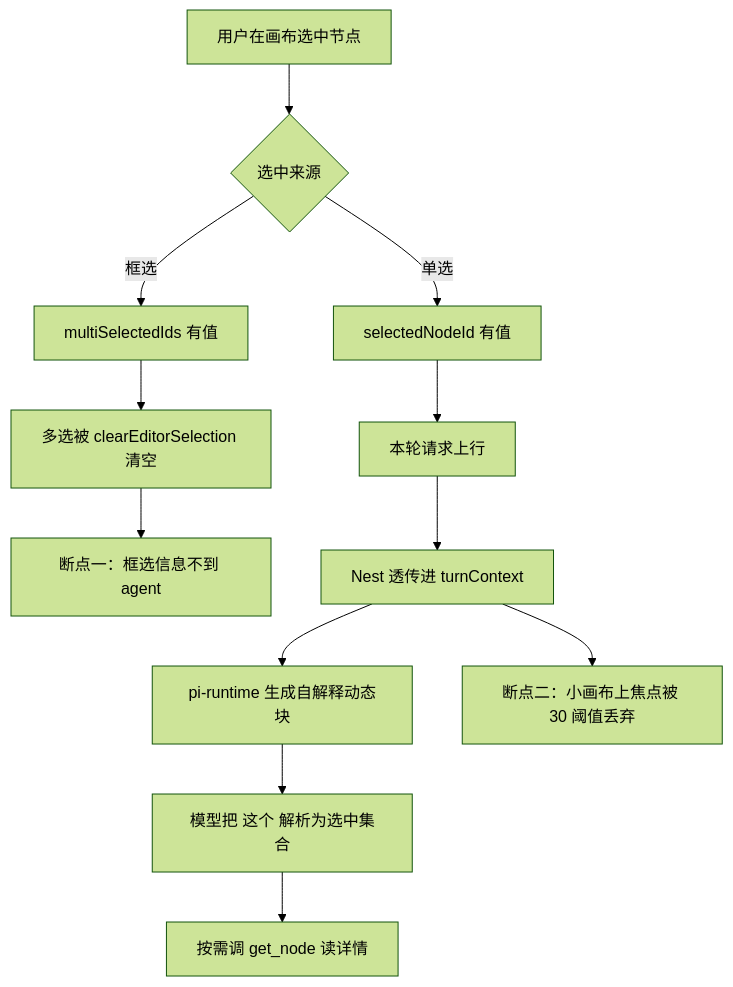
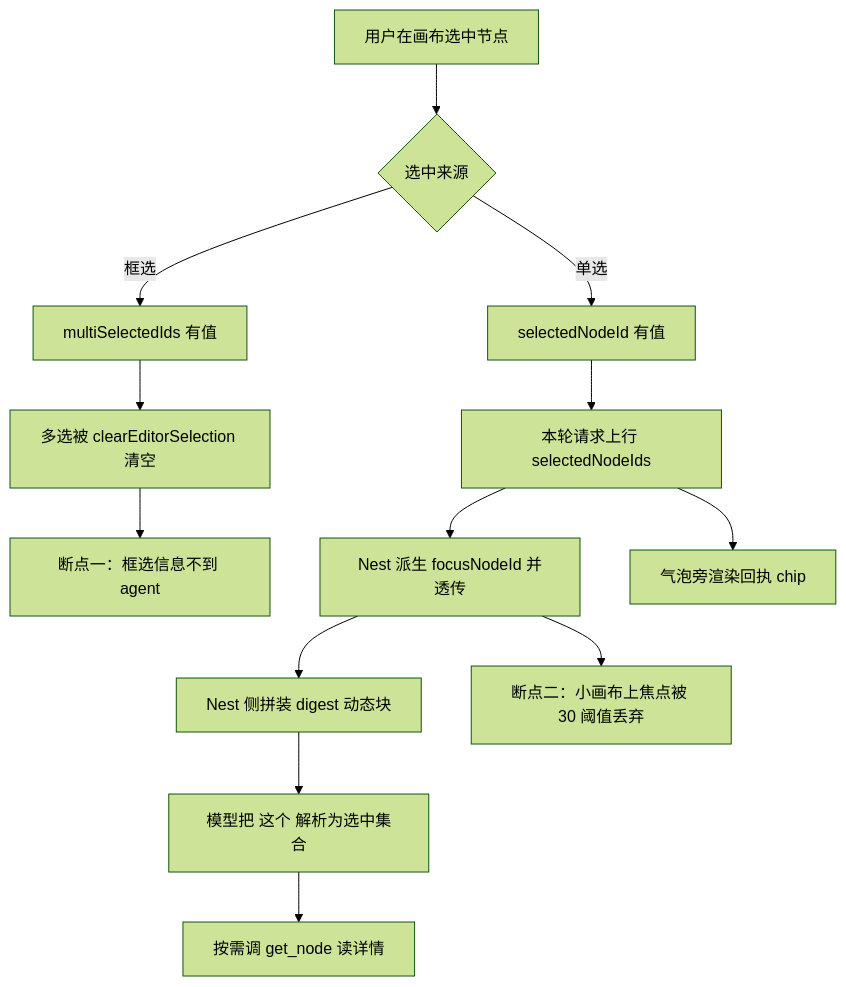
One commit to sev7n4/pi-lnk changed the second of 2 diagrams in docs/superpowers/specs/2026-10-06-selection-as-default-reference-design.md. Above: the diagram before and after it, drawn with Mermaid (forest theme). The commit also changed other lines of this file, not shown here.

````diff
--- a/docs/superpowers/specs/2026-10-06-selection-as-default-reference-design.md
+++ b/docs/superpowers/specs/2026-10-06-selection-as-default-reference-design.md
@@ -137,14 +158,15 @@
 ```mermaid
 flowchart TD
   A["用户在画布选中节点"] --> B{"选中来源"}
   B -->|单选| C["selectedNodeId 有值"]
   B -->|框选| D["multiSelectedIds 有值"]
-  C --> E["本轮请求上行"]
+  C --> E["本轮请求上行 selectedNodeIds"]
   D --> F["多选被 clearEditorSelection 清空"]
   F --> G["断点一：框选信息不到 agent"]
-  E --> H["Nest 透传进 turnContext"]
-  H --> I["pi-runtime 生成自解释动态块"]
+  E --> H["Nest 派生 focusNodeId 并透传"]
+  H --> I["Nest 侧拼装 digest 动态块"]
   I --> J["模型把 这个 解析为选中集合"]
   J --> K["按需调 get_node 读详情"]
-  H --> L["断点二：小画布上焦点被 30 阈值丢弃"]
+  E --> L["气泡旁渲染回执 chip"]
+  H --> M["断点二：小画布上焦点被 30 阈值丢弃"]
 ```
````
